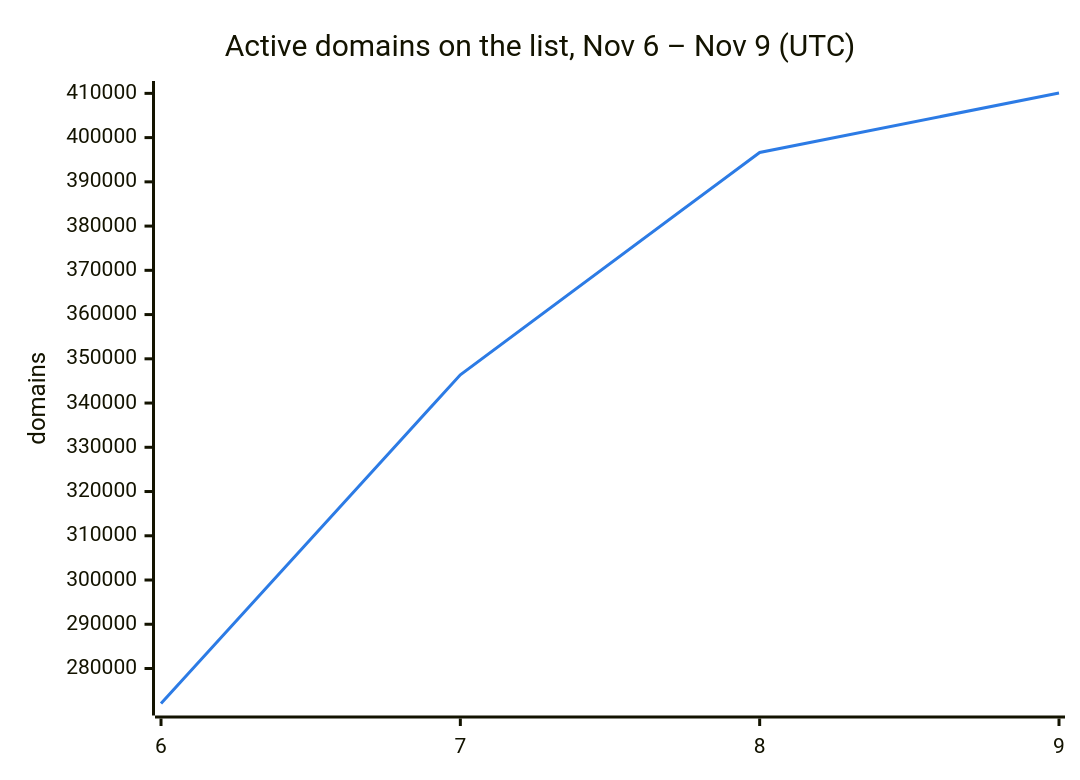
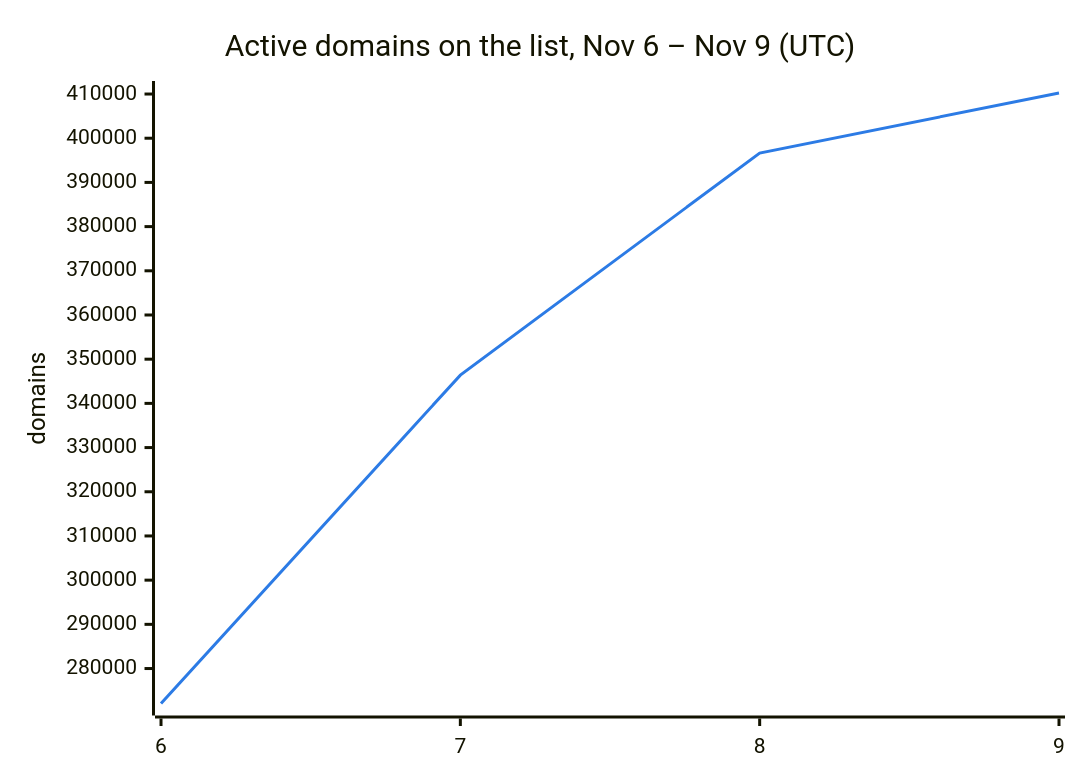
Before and after one commit to DNSBunker/CTI: the second of 3 diagrams in README.md, drawn with Mermaid. The commit also changed other lines of this file and 3 other files, not shown here.

````diff
--- a/README.md
+++ b/README.md
@@ -38,8 +38,8 @@
 ```mermaid
 %%{init: {"themeVariables": {"xyChart": {"plotColorPalette": "#2c7be5"}}}}%%
 xychart-beta
     title "Active domains on the list, Nov 6 – Nov 9 (UTC)"
     x-axis ["6", "7", "8", "9"]
     y-axis "domains"
-    line [272088, 346388, 396638, 410083]
+    line [272088, 346388, 396638, 410233]
 ```
````
